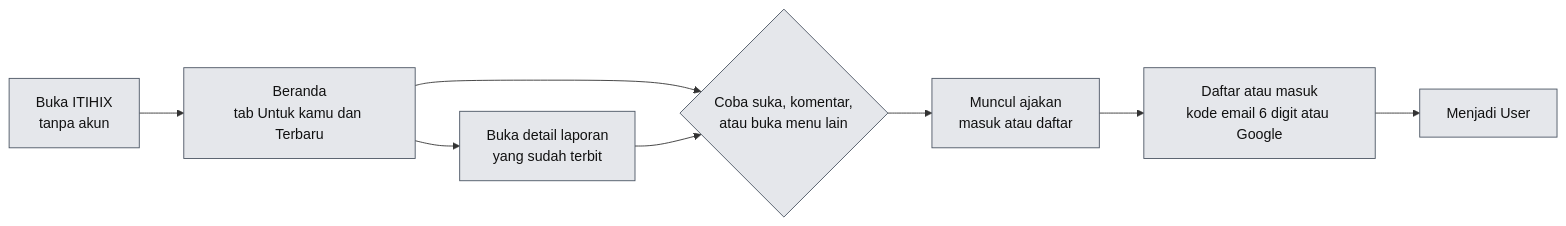
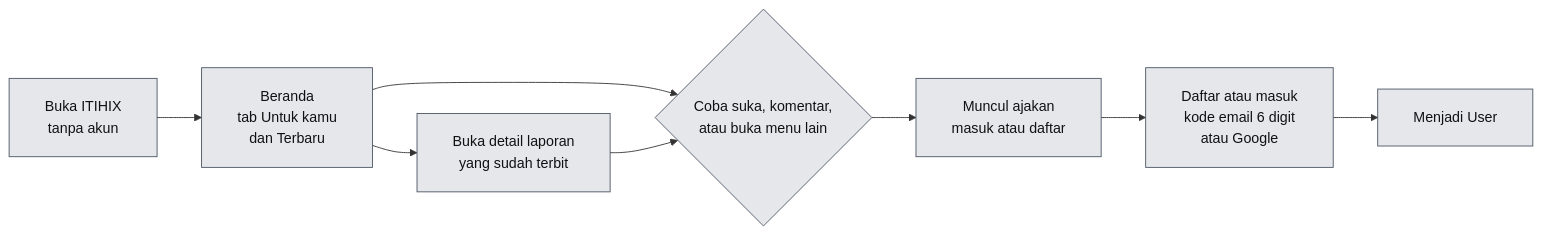
The third of 12 diagrams in README.md (ZaidAlHibb/ITIHIX), drawn with Mermaid before and after one commit. The commit also changed other lines of this file, not shown here.

````diff
--- a/README.md
+++ b/README.md
@@ -352,12 +357,13 @@
 ```mermaid
+%%{init: {"flowchart": {"htmlLabels": false, "padding": 20}, "themeVariables": {"fontFamily": "Arial, Helvetica, sans-serif"}}}%%
 flowchart LR
-    A[Buka ITIHIX<br/>tanpa akun] --> B[Beranda<br/>tab Untuk kamu dan Terbaru]
+    A[Buka ITIHIX<br/>tanpa akun] --> B[Beranda<br/>tab Untuk kamu<br/>dan Terbaru]
     B --> C[Buka detail laporan<br/>yang sudah terbit]
     B --> D{Coba suka, komentar,<br/>atau buka menu lain}
     C --> D
     D --> E[Muncul ajakan<br/>masuk atau daftar]
-    E --> F[Daftar atau masuk<br/>kode email 6 digit atau Google]
+    E --> F[Daftar atau masuk<br/>kode email 6 digit<br/>atau Google]
     F --> G[Menjadi User]
     classDef guest fill:#e5e7eb,stroke:#4b5563,color:#111111
     class A,B,C,D,E,F,G guest
 ```
````
